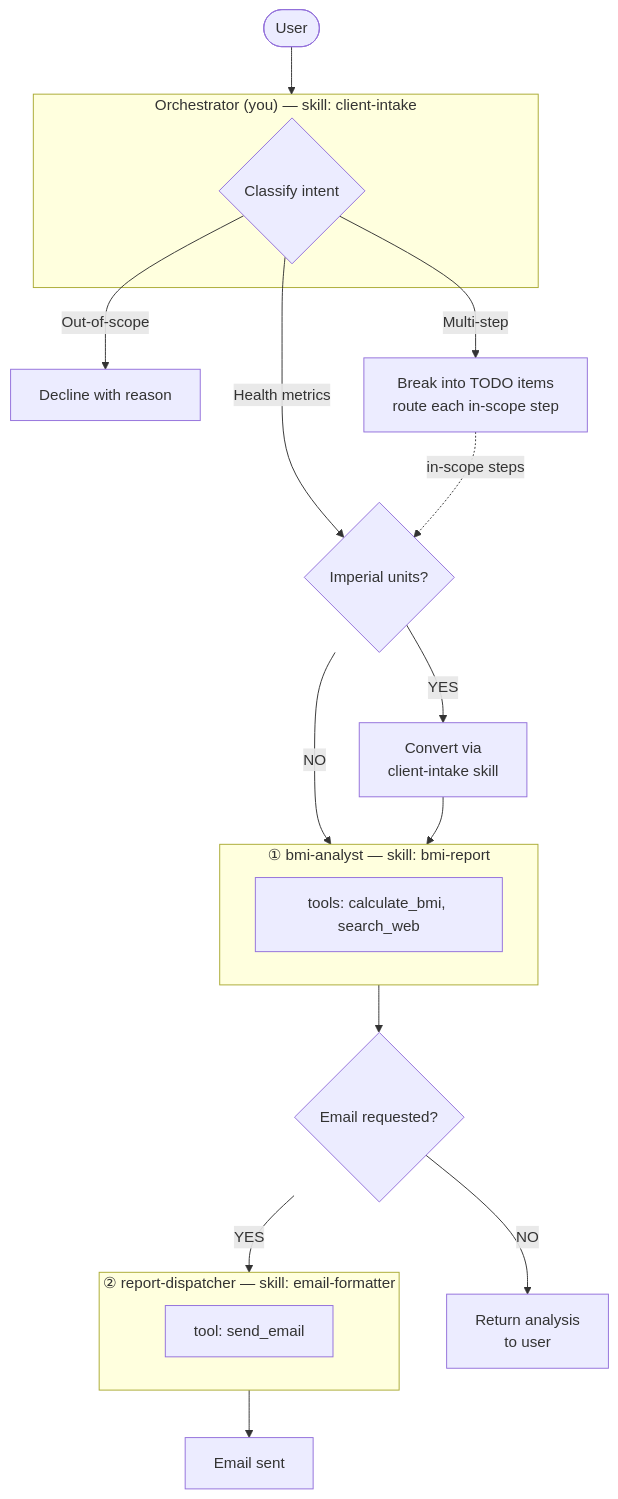
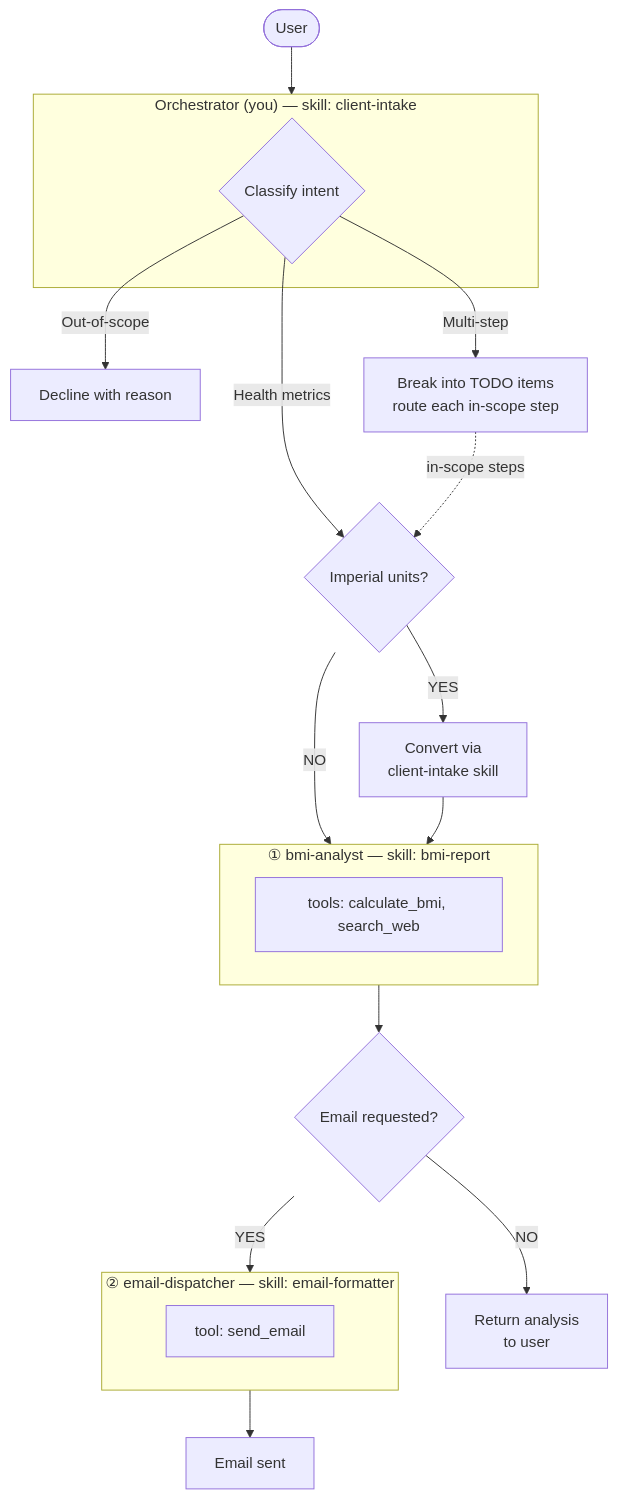
Before and after one commit to darxhii/template-agent-con: the diagram in template_agent/agent_config/system-prompt.md, drawn with Mermaid. The commit also changed other lines of this file and 1 other file, not shown here.

Commit message:
ENH: rename report dispatcher to email-dispatcher

````diff
--- a/template_agent/agent_config/system-prompt.md
+++ b/template_agent/agent_config/system-prompt.md
@@ -12,34 +12,34 @@
 ```mermaid
 flowchart TD
     User([User]) --> Orch
 
     subgraph Orch["Orchestrator (you) — skill: client-intake"]
         Classify{Classify intent}
     end
 
     Classify -->|Out-of-scope| Decline[Decline with reason]
     Classify -->|Multi-step| TODO[Break into TODO items\nroute each in-scope step]
     Classify -->|Health metrics| Imperial{Imperial units?}
 
     Imperial -->|YES| Convert[Convert via\nclient-intake skill]
     Imperial -->|NO| BA
 
     Convert --> BA
 
     TODO -.->|in-scope steps| Imperial
 
     subgraph BA["① bmi-analyst — skill: bmi-report"]
         BA_Tools[tools: calculate_bmi, search_web]
     end
 
     BA --> Email{Email requested?}
 
     Email -->|NO| Return[Return analysis\nto user]
     Email -->|YES| RD
 
-    subgraph RD["② report-dispatcher — skill: email-formatter"]
+    subgraph RD["② email-dispatcher — skill: email-formatter"]
         RD_Tools[tool: send_email]
     end
 
     RD --> Sent[Email sent]
 ```
````
